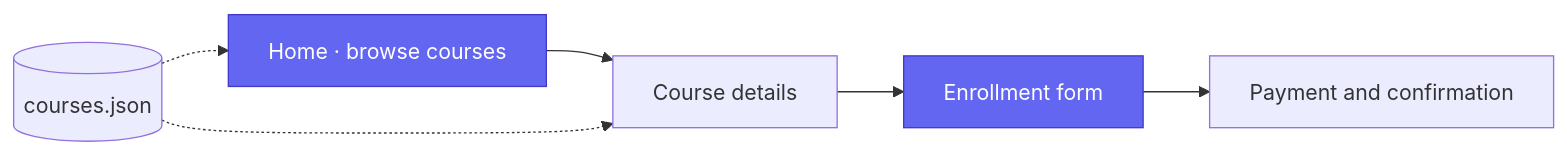
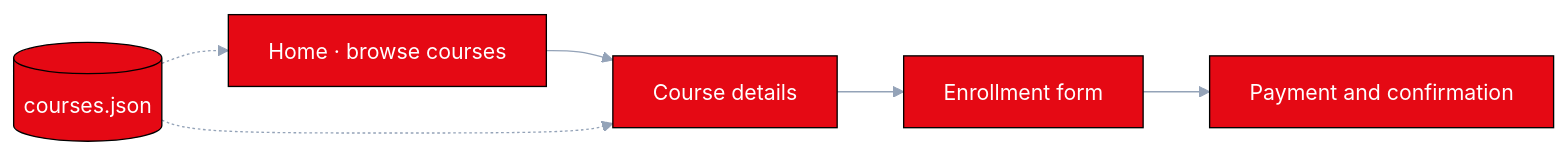
Before and after one commit to devjwk/coms3190-assignment2: the diagram in README.md, drawn with Mermaid. The commit also changed other lines of this file, not shown here.

Commit message:
Add concept banner and color theme to README

````diff
--- a/README.md
+++ b/README.md
@@ -35,8 +31,9 @@
 ```mermaid
+%%{init: {"theme": "base", "themeVariables": {"primaryColor": "#E50914", "primaryTextColor": "#ffffff", "primaryBorderColor": "#000000", "lineColor": "#94A3B8", "secondaryColor": "#450A0A", "tertiaryColor": "#000000", "clusterBkg": "#F8FAFC", "clusterBorder": "#94A3B8", "edgeLabelBackground": "#F1F5F9", "fontFamily": "ui-sans-serif, system-ui, sans-serif"}}}%%
 flowchart LR
     H["Home · browse courses"] --> C["Course details"] --> E["Enrollment form"] --> P["Payment and confirmation"]
     J[("courses.json")] -.-> H
     J -.-> C
-    style H fill:#6366F1,color:#ffffff,stroke:#4338CA
-    style E fill:#6366F1,color:#ffffff,stroke:#4338CA
+    style H fill:#E50914,color:#ffffff,stroke:#000000
+    style E fill:#E50914,color:#ffffff,stroke:#000000
 ```
````
